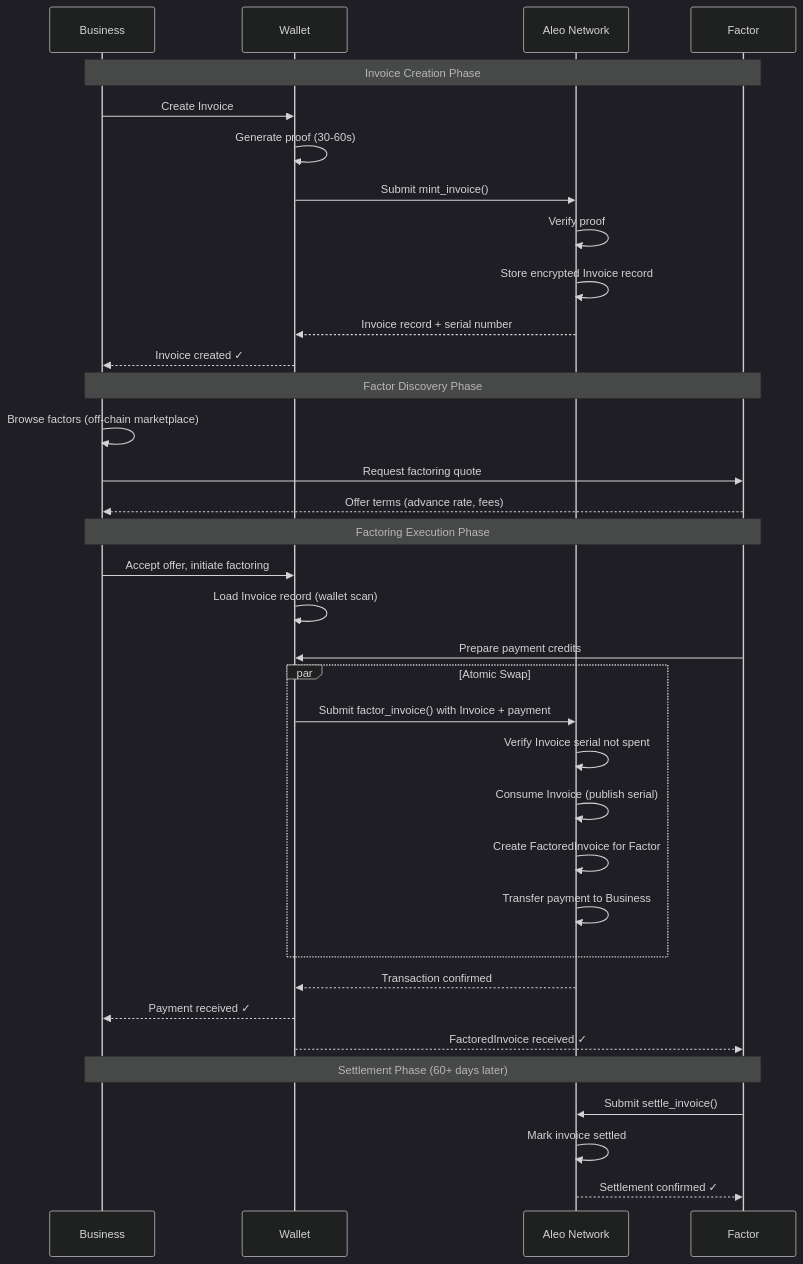
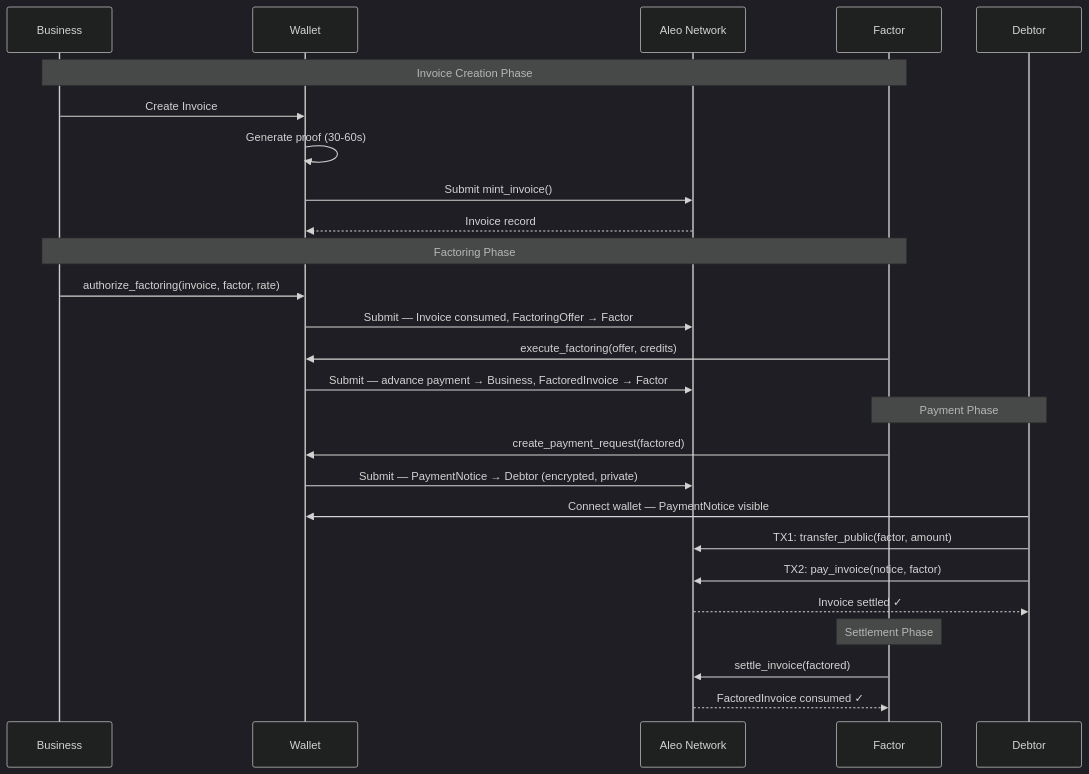
Before and after one commit to imajus/zk-factor: the third of 4 diagrams in docs/SPEC.md, drawn with Mermaid (dark theme). The commit also changed other lines of this file and 14 other files, not shown here.

Commit message:
feat: use private records owned directly by the debtor's address for encrypted on-chain invoice obligations + update docs

````diff
--- a/docs/SPEC.md
+++ b/docs/SPEC.md
@@ -346,43 +345,32 @@
 ```mermaid
 sequenceDiagram
     participant B as Business
     participant W as Wallet
     participant A as Aleo Network
     participant F as Factor
-    
+    participant D as Debtor
+
     Note over B,F: Invoice Creation Phase
     B->>W: Create Invoice
     W->>W: Generate proof (30-60s)
     W->>A: Submit mint_invoice()
-    A->>A: Verify proof
-    A->>A: Store encrypted Invoice record
-    A-->>W: Invoice record + serial number
-    W-->>B: Invoice created ✓
-    
-    Note over B,F: Factor Discovery Phase
-    B->>B: Browse factors (off-chain marketplace)
-    B->>F: Request factoring quote
-    F-->>B: Offer terms (advance rate, fees)
-    
-    Note over B,F: Factoring Execution Phase
-    B->>W: Accept offer, initiate factoring
-    W->>W: Load Invoice record (wallet scan)
-    F->>W: Prepare payment credits
-    
-    par Atomic Swap
-        W->>A: Submit factor_invoice() with Invoice + payment
-        A->>A: Verify Invoice serial not spent
-        A->>A: Consume Invoice (publish serial)
-        A->>A: Create FactoredInvoice for Factor
-        A->>A: Transfer payment to Business
-    end
-    
-    A-->>W: Transaction confirmed
-    W-->>B: Payment received ✓
-    W-->>F: FactoredInvoice received ✓
-    
-    Note over B,F: Settlement Phase (60+ days later)
-    F->>A: Submit settle_invoice()
-    A->>A: Mark invoice settled
-    A-->>F: Settlement confirmed ✓
+    A-->>W: Invoice record
+
+    Note over B,F: Factoring Phase
+    B->>W: authorize_factoring(invoice, factor, rate)
+    W->>A: Submit — Invoice consumed, FactoringOffer → Factor
+    F->>W: execute_factoring(offer, credits)
+    W->>A: Submit — advance payment → Business, FactoredInvoice → Factor
+
+    Note over F,D: Payment Phase
+    F->>W: create_payment_request(factored)
+    W->>A: Submit — PaymentNotice → Debtor (encrypted, private)
+    D->>W: Connect wallet — PaymentNotice visible
+    D->>A: TX1: transfer_public(factor, amount)
+    D->>A: TX2: pay_invoice(notice, factor)
+    A-->>D: Invoice settled ✓
+
+    Note over F: Settlement Phase
+    F->>A: settle_invoice(factored)
+    A-->>F: FactoredInvoice consumed ✓
 ```
````
